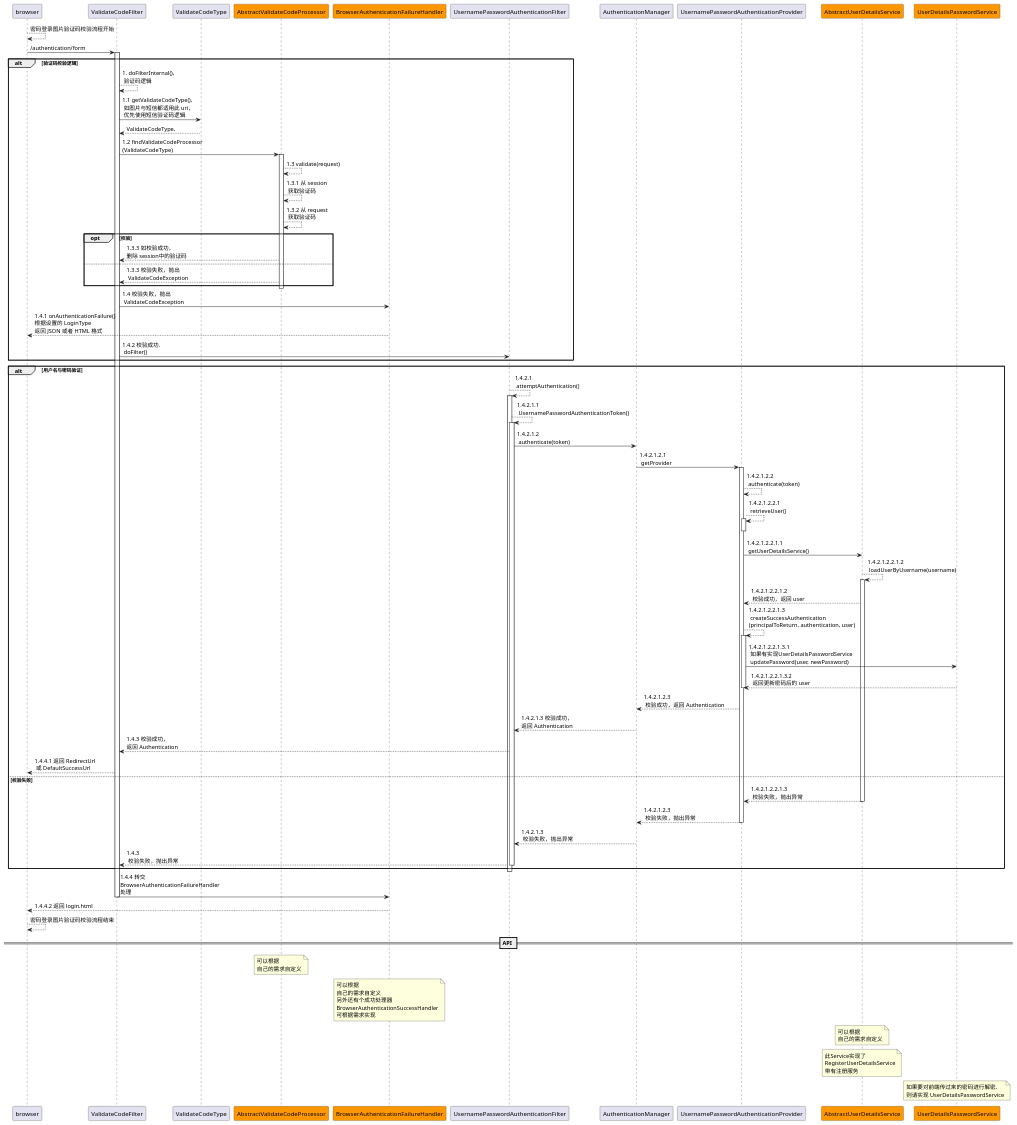
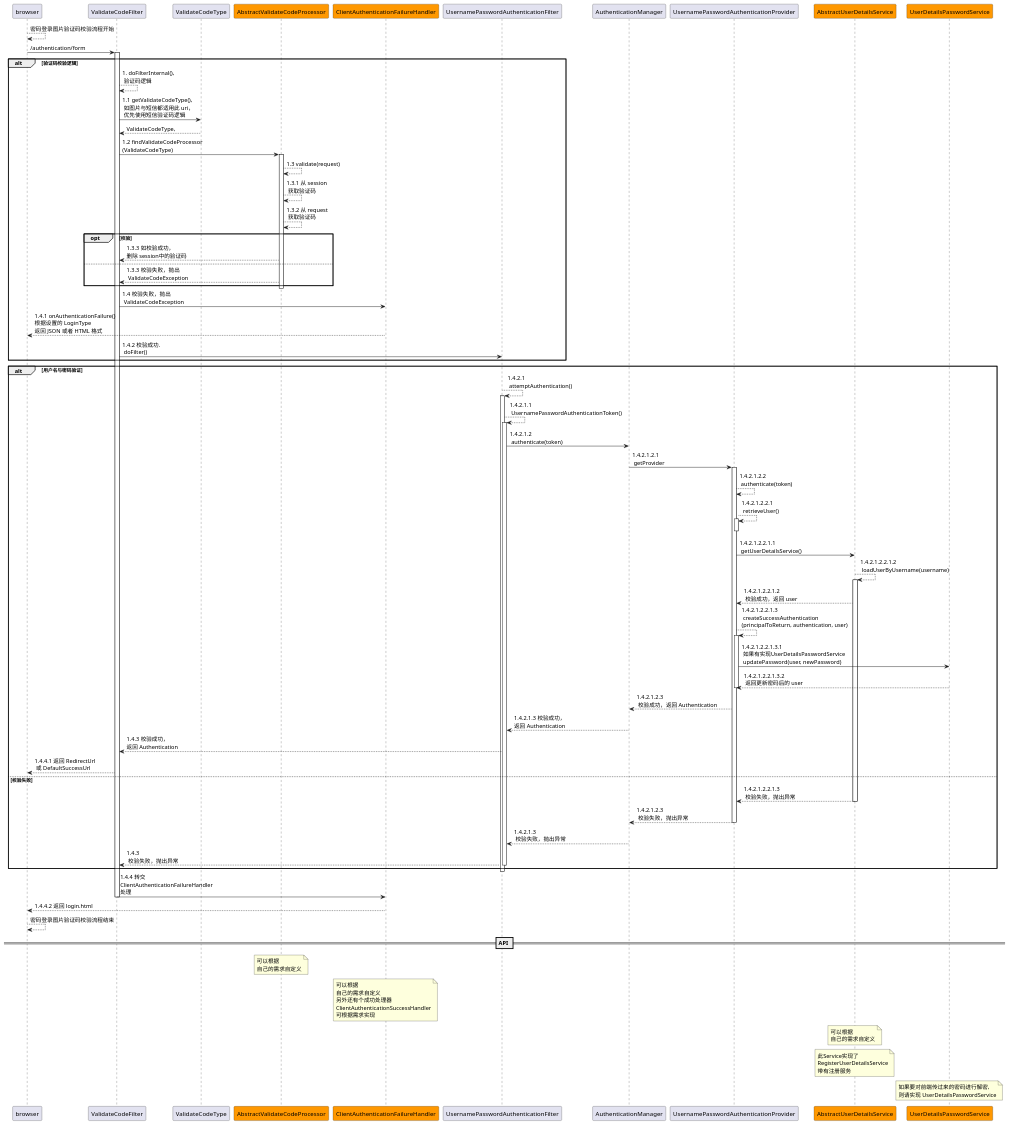
Before and after one commit to ZeroOrInfinity/UMS: the diagram in doc/ImageValidateCodeLogin.puml, drawn with PlantUML. The commit also changed 149 other files, not shown here.

```diff
--- a/doc/ImageValidateCodeLogin.puml
+++ b/doc/ImageValidateCodeLogin.puml
@@ -1,84 +1,84 @@
 @startuml
 
 browser --> browser: 密码登录图片验证码校验流程开始
 
 browser -> ValidateCodeFilter: /authentication/form
 alt 验证码校验逻辑
 activate ValidateCodeFilter
 ValidateCodeFilter --> ValidateCodeFilter: 1. doFilterInternal(),\n 验证码逻辑
 ValidateCodeFilter -> ValidateCodeType: 1.1 getValidateCodeType(),\n 如图片与短信都适用此 uri，\n 优先使用短信验证码逻辑
 ValidateCodeType --> ValidateCodeFilter: ValidateCodeType,
 participant AbstractValidateCodeProcessor #ff9800
 ValidateCodeFilter -> AbstractValidateCodeProcessor: 1.2 findValidateCodeProcessor\n(ValidateCodeType)
 activate AbstractValidateCodeProcessor
 AbstractValidateCodeProcessor --> AbstractValidateCodeProcessor: 1.3 validate(request)
 AbstractValidateCodeProcessor --> AbstractValidateCodeProcessor: 1.3.1 从 session\n 获取验证码
 AbstractValidateCodeProcessor --> AbstractValidateCodeProcessor: 1.3.2 从 request\n 获取验证码
 opt 校验
 AbstractValidateCodeProcessor --> ValidateCodeFilter: 1.3.3 如校验成功，\n删除 session中的验证码
 else
 AbstractValidateCodeProcessor --> ValidateCodeFilter: 1.3.3 校验失败，抛出\n ValidateCodeException
 end
 deactivate AbstractValidateCodeProcessor
-participant BrowserAuthenticationFailureHandler #ff9800
-ValidateCodeFilter -> BrowserAuthenticationFailureHandler: 1.4 校验失败，抛出\n ValidateCodeException
-BrowserAuthenticationFailureHandler --> browser: 1.4.1 onAuthenticationFailure()\n根据设置的 LoginType \n返回 JSON 或者 HTML 格式
+participant ClientAuthenticationFailureHandler #ff9800
+ValidateCodeFilter -> ClientAuthenticationFailureHandler: 1.4 校验失败，抛出\n ValidateCodeException
+ClientAuthenticationFailureHandler --> browser: 1.4.1 onAuthenticationFailure()\n根据设置的 LoginType \n返回 JSON 或者 HTML 格式
 
 ValidateCodeFilter -> UsernamePasswordAuthenticationFilter: 1.4.2 校验成功.\n doFilter()
 end
 alt 用户名与密码验证
 UsernamePasswordAuthenticationFilter --> UsernamePasswordAuthenticationFilter: 1.4.2.1\n attemptAuthentication()
 activate UsernamePasswordAuthenticationFilter
 UsernamePasswordAuthenticationFilter --> UsernamePasswordAuthenticationFilter: 1.4.2.1.1 \n UsernamePasswordAuthenticationToken()
 activate UsernamePasswordAuthenticationFilter
 UsernamePasswordAuthenticationFilter -> AuthenticationManager: 1.4.2.1.2\n authenticate(token)
 
 AuthenticationManager -> UsernamePasswordAuthenticationProvider: 1.4.2.1.2.1\n getProvider
 activate UsernamePasswordAuthenticationProvider
 UsernamePasswordAuthenticationProvider --> UsernamePasswordAuthenticationProvider: 1.4.2.1.2.2\n authenticate(token)
 UsernamePasswordAuthenticationProvider --> UsernamePasswordAuthenticationProvider: 1.4.2.1.2.2.1\n retrieveUser()
 activate UsernamePasswordAuthenticationProvider
 deactivate UsernamePasswordAuthenticationProvider
 participant AbstractUserDetailsService #ff9800
 UsernamePasswordAuthenticationProvider -> AbstractUserDetailsService: 1.4.2.1.2.2.1.1\n getUserDetailsService()
 AbstractUserDetailsService --> AbstractUserDetailsService: 1.4.2.1.2.2.1.2\n loadUserByUsername(username)
 activate AbstractUserDetailsService
 AbstractUserDetailsService --> UsernamePasswordAuthenticationProvider: 1.4.2.1.2.2.1.2\n 校验成功，返回 user
 UsernamePasswordAuthenticationProvider --> UsernamePasswordAuthenticationProvider: 1.4.2.1.2.2.1.3\n createSuccessAuthentication\n\
 (principalToReturn, authentication, user)
 activate UsernamePasswordAuthenticationProvider
 participant UserDetailsPasswordService #ff9800
 UsernamePasswordAuthenticationProvider -> UserDetailsPasswordService: 1.4.2.1.2.2.1.3.1\n 如果有实现UserDetailsPasswordService\n updatePassword(user, newPassword)
 UserDetailsPasswordService --> UsernamePasswordAuthenticationProvider: 1.4.2.1.2.2.1.3.2\n 返回更新密码后的 user
 deactivate UsernamePasswordAuthenticationProvider
 
 UsernamePasswordAuthenticationProvider --> AuthenticationManager: 1.4.2.1.2.3\n 校验成功，返回 Authentication
 
 AuthenticationManager --> UsernamePasswordAuthenticationFilter: 1.4.2.1.3 校验成功，\n返回 Authentication
 UsernamePasswordAuthenticationFilter --> ValidateCodeFilter: 1.4.3 校验成功，\n返回 Authentication
 
 ValidateCodeFilter --> browser: 1.4.4.1 返回 RedirectUrl\n 或 DefaultSuccessUrl
 else 校验失败
 AbstractUserDetailsService --> UsernamePasswordAuthenticationProvider: 1.4.2.1.2.2.1.3\n 校验失败，抛出异常
 deactivate AbstractUserDetailsService
 UsernamePasswordAuthenticationProvider --> AuthenticationManager: 1.4.2.1.2.3\n 校验失败，抛出异常
 deactivate UsernamePasswordAuthenticationProvider
 AuthenticationManager --> UsernamePasswordAuthenticationFilter: 1.4.2.1.3\n 校验失败，抛出异常
 UsernamePasswordAuthenticationFilter --> ValidateCodeFilter: 1.4.3\n 校验失败，抛出异常
 deactivate UsernamePasswordAuthenticationFilter
 end
 deactivate UsernamePasswordAuthenticationFilter
-ValidateCodeFilter -> BrowserAuthenticationFailureHandler: 1.4.4 转交\nBrowserAuthenticationFailureHandler\n处理
+ValidateCodeFilter -> ClientAuthenticationFailureHandler: 1.4.4 转交\nClientAuthenticationFailureHandler\n处理
 deactivate ValidateCodeFilter
-BrowserAuthenticationFailureHandler --> browser: 1.4.4.2 返回 login.html
+ClientAuthenticationFailureHandler --> browser: 1.4.4.2 返回 login.html
 
 browser --> browser: 密码登录图片验证码校验流程结束
 
 == API ==
 note over AbstractValidateCodeProcessor: 可以根据\n自己的需求自定义
-note over BrowserAuthenticationFailureHandler: 可以根据\n自己的需求自定义\n另外还有个成功处理器\nBrowserAuthenticationSuccessHandler\n可根据需求实现
+note over ClientAuthenticationFailureHandler: 可以根据\n自己的需求自定义\n另外还有个成功处理器\nClientAuthenticationSuccessHandler\n可根据需求实现
 note over AbstractUserDetailsService: 可以根据\n自己的需求自定义
 note over AbstractUserDetailsService: 此Service实现了\nRegisterUserDetailsService\n带有注册服务
 note over UserDetailsPasswordService: 如果要对前端传过来的密码进行解密,\n则请实现 UserDetailsPasswordService
 
 @enduml
```
